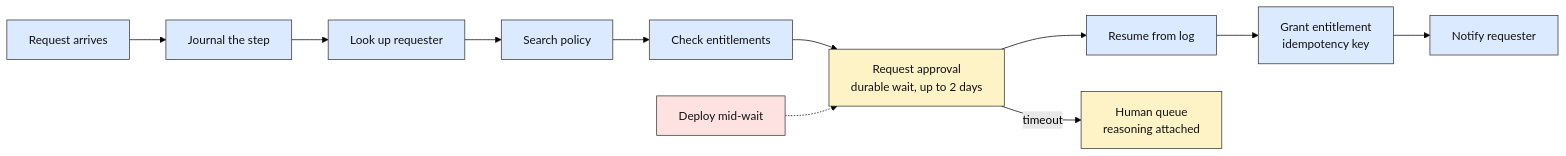
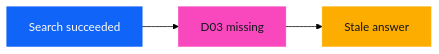
Before and after one commit to sequenzia/beyond-the-coding-agent-v0: the fourth of 4 diagrams in slides/02-anatomy.md, drawn with Mermaid (forest theme). The commit also changed other lines of this file and 18 other files, not shown here.

````diff
--- a/slides/02-anatomy.md
+++ b/slides/02-anatomy.md
@@ -302,17 +525,8 @@
 ```mermaid
 flowchart LR
-  R["Request arrives"] --> J["Journal the step"]
-  J --> L1["Look up requester"] --> L2["Search policy"] --> L3["Check entitlements"]
-  L3 --> W["Request approval<br/>durable wait, up to 2 days"]
-  D["Deploy mid-wait"] -.-> W
-  W --> RS["Resume from log"]
-  RS --> G["Grant entitlement<br/>idempotency key"]
-  G --> N["Notify requester"]
-  W -- timeout --> Q["Human queue<br/>reasoning attached"]
-  classDef step fill:#dbeafe,stroke:#333,color:#111
-  classDef wait fill:#fef3c7,stroke:#333,color:#111
-  classDef strike fill:#fee2e2,stroke:#333,color:#111
-  class R,J,L1,L2,L3,RS,G,N step
-  class W,Q wait
-  class D strike
+ S[Search succeeded]:::step --> D[D03 missing]:::strike
+ D --> A[Stale answer]:::wait
+ classDef step fill:#1064f8,color:#fffcf5,stroke:#1064f8
+ classDef strike fill:#f948be,color:#14161c,stroke:#f948be
+ classDef wait fill:#fdad00,color:#14161c,stroke:#fdad00
 ```
````
